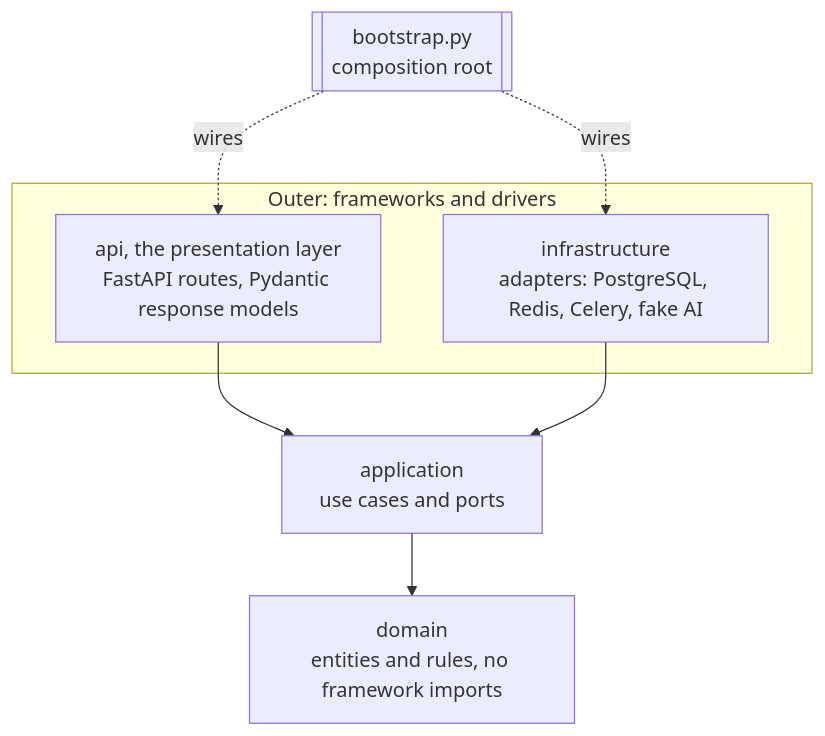
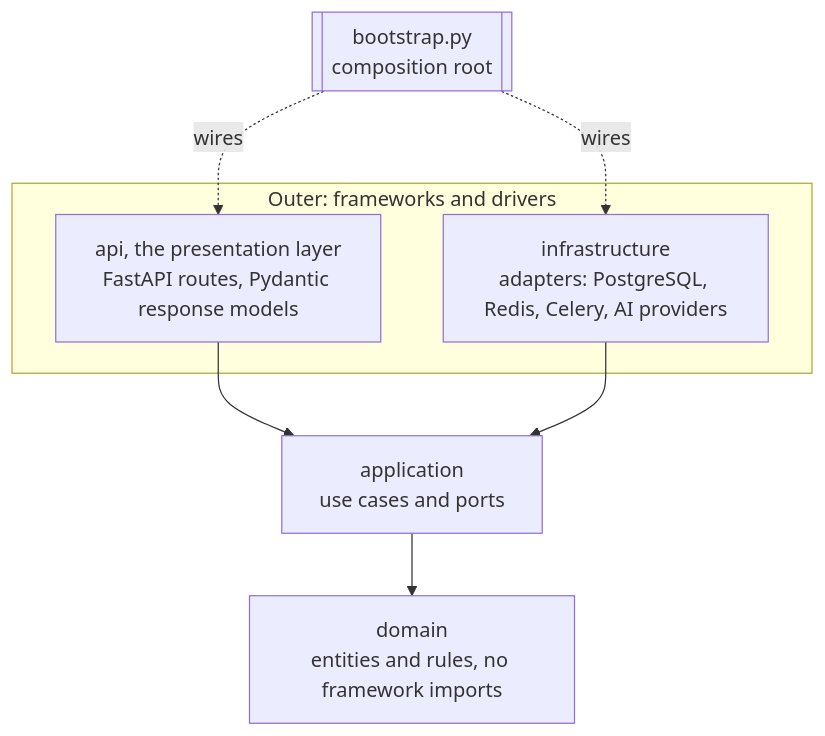
Before and after one commit to arbadev/ballasttasks: the second of 4 diagrams in docs/architecture.md, drawn with Mermaid. The commit also changed other lines of this file and 4 other files, not shown here.

````diff
--- a/docs/architecture.md
+++ b/docs/architecture.md
@@ -31,16 +31,16 @@
 ```mermaid
 flowchart TB
     subgraph outer [Outer: frameworks and drivers]
         presentation[api, the presentation layer<br/>FastAPI routes, Pydantic response models]
-        infrastructure[infrastructure<br/>adapters: PostgreSQL, Redis, Celery, fake AI]
+        infrastructure[infrastructure<br/>adapters: PostgreSQL, Redis, Celery, AI providers]
     end
     application[application<br/>use cases and ports]
     domain[domain<br/>entities and rules, no framework imports]
     bootstrap[[bootstrap.py<br/>composition root]]
 
     presentation --> application
     infrastructure --> application
     application --> domain
     bootstrap -.wires.-> presentation
     bootstrap -.wires.-> infrastructure
 ```
````
